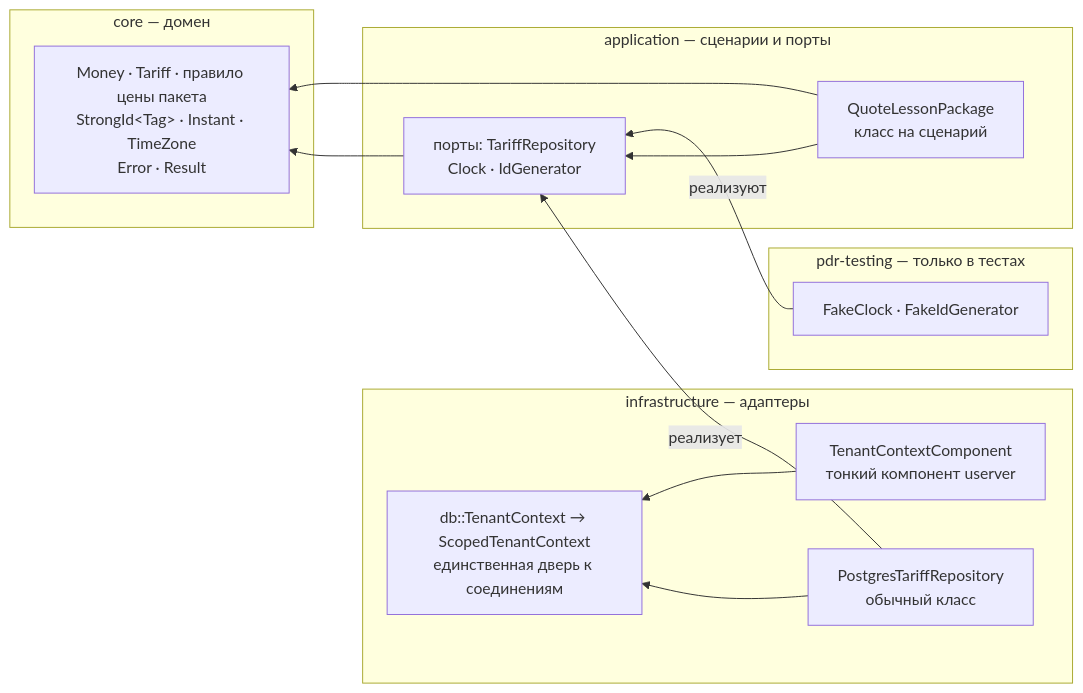
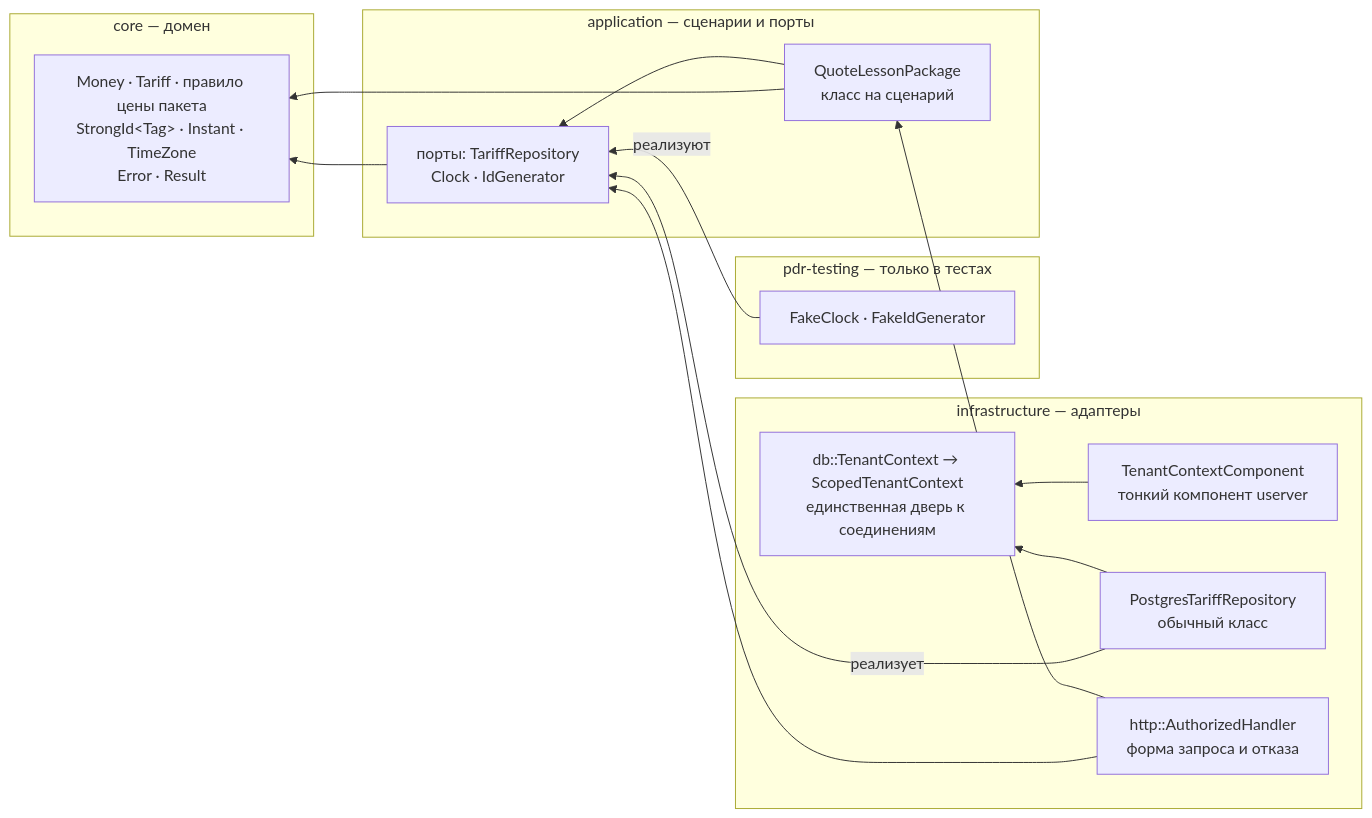
The diagram in docs/architecture/layers.md (don-qu1xote/pdr), drawn with Mermaid before and after one commit. The commit also changed other lines of this file and 33 other files, not shown here.

````diff
--- a/docs/architecture/layers.md
+++ b/docs/architecture/layers.md
@@ -6,29 +6,32 @@
 ```mermaid
 flowchart RL
     subgraph infrastructure["infrastructure — адаптеры"]
         component["TenantContextComponent<br/>тонкий компонент userver"]
         door["db::TenantContext → ScopedTenantContext<br/>единственная дверь к соединениям"]
         adapter["PostgresTariffRepository<br/>обычный класс"]
+        handler["http::AuthorizedHandler<br/>форма запроса и отказа"]
     end
 
     subgraph testing["pdr-testing — только в тестах"]
         fakes["FakeClock · FakeIdGenerator"]
     end
 
     subgraph application["application — сценарии и порты"]
         usecase["QuoteLessonPackage<br/>класс на сценарий"]
         port["порты: TariffRepository<br/>Clock · IdGenerator"]
     end
 
     subgraph core["core — домен"]
         domain["Money · Tariff · правило цены пакета<br/>StrongId&lt;Tag&gt; · Instant · TimeZone<br/>Error · Result"]
     end
 
     component --> door
     adapter --> door
     adapter -- "реализует" --> port
     fakes -- "реализуют" --> port
     usecase --> port
     usecase --> domain
     port --> domain
+    handler --> usecase
+    handler --> port
 ```
````
